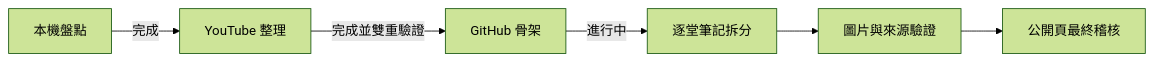
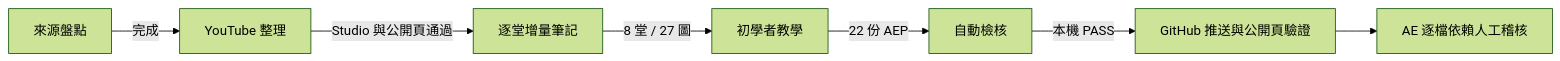
One commit to yd7148/8042-AE-AfterEffect-Visual-Effects-Animation-Course changed the diagram in docs/PROJECT_STATUS.md. Above: the diagram before and after it, drawn with Mermaid (forest theme). The commit also changed other lines of this file and 90 other files, not shown here.

````diff
--- a/docs/PROJECT_STATUS.md
+++ b/docs/PROJECT_STATUS.md
@@ -3,8 +5,9 @@
 ```mermaid
 flowchart LR
-    A[本機盤點] -->|完成| B[YouTube 整理]
-    B -->|完成並雙重驗證| C[GitHub 骨架]
-    C -->|進行中| D[逐堂筆記拆分]
-    D --> E[圖片與來源驗證]
-    E --> F[公開頁最終稽核]
+    A[來源盤點] -->|完成| B[YouTube 整理]
+    B -->|Studio 與公開頁通過| C[逐堂增量筆記]
+    C -->|8 堂 / 27 圖| D[初學者教學]
+    D -->|22 份 AEP| E[自動檢核]
+    E -->|本機 PASS| F[GitHub 推送與公開頁驗證]
+    F --> G[AE 逐檔依賴人工稽核]
 ```
````
